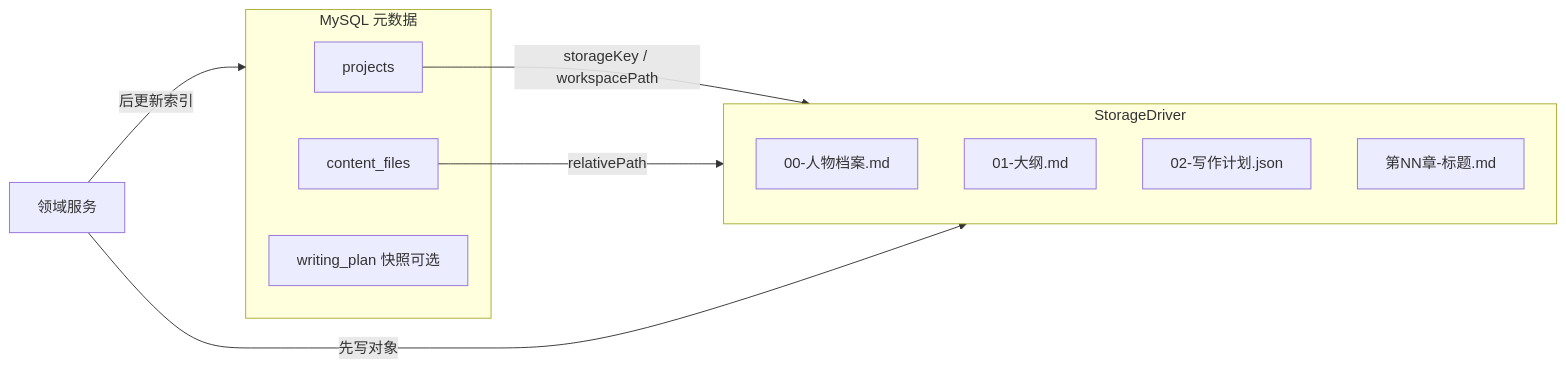
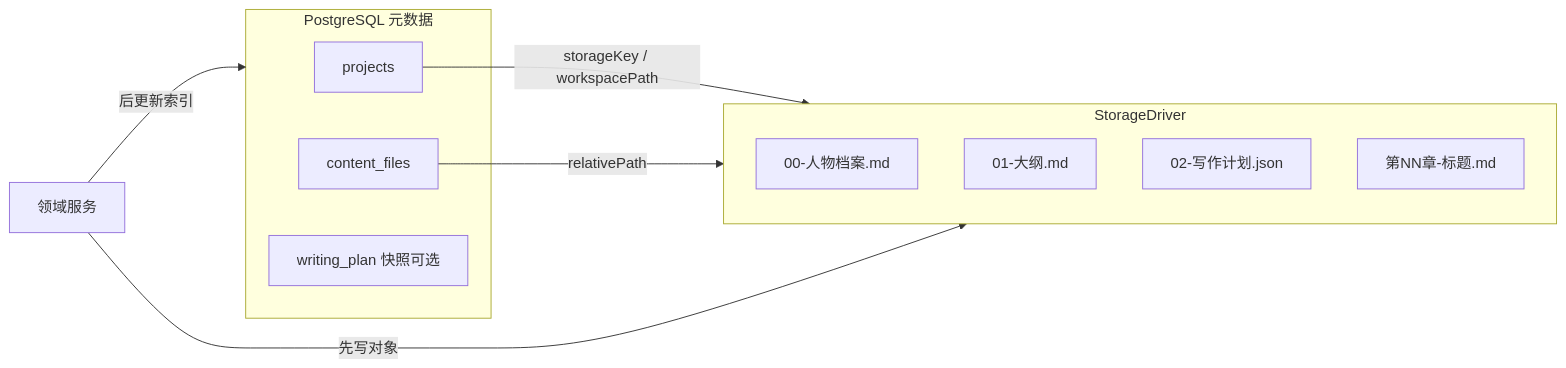
The third of 9 diagrams in docs/spec/design.md (blue-idea/muoyu), drawn with Mermaid before and after one commit. The commit also changed other lines of this file and 12 other files, not shown here.

````diff
--- a/docs/spec/design.md
+++ b/docs/spec/design.md
@@ -226,20 +226,20 @@
 ```mermaid
 flowchart LR
-    subgraph mysql [MySQL 元数据]
+    subgraph postgresql [PostgreSQL 元数据]
         P[projects]
         CF[content_files]
         WP[writing_plan 快照可选]
     end
 
     subgraph store [StorageDriver]
         F0[00-人物档案.md]
         F1[01-大纲.md]
         F2[02-写作计划.json]
         FN[第NN章-标题.md]
     end
 
     P -->|storageKey / workspacePath| store
     CF -->|relativePath| store
     DOM[领域服务] -->|先写对象| store
-    DOM -->|后更新索引| mysql
+    DOM -->|后更新索引| postgresql
 ```
````
